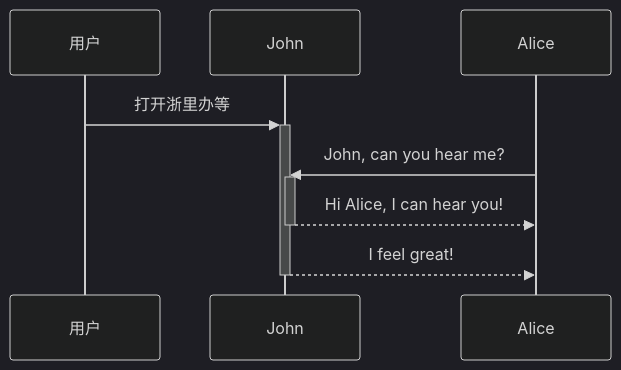
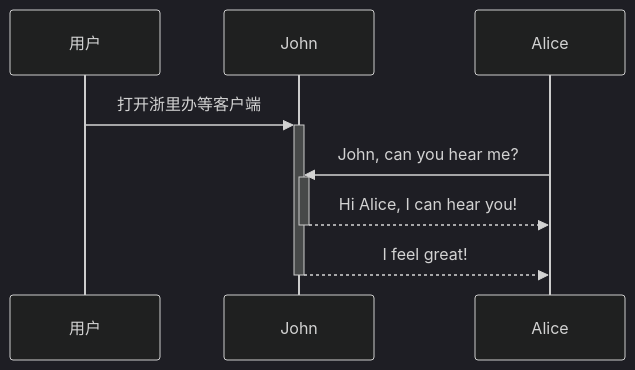
Before and after one commit to fifuntop/iodraw-files: the diagram in all/居民端时序图.md, drawn with Mermaid (dark theme).

Commit message:
2024-03-14 14:40:16 update

````diff
--- a/all/居民端时序图.md
+++ b/all/居民端时序图.md
@@ -1,8 +1,8 @@
 ```mermaid
 sequenceDiagram
-    用户->>+John: 打开浙里办等
+    用户->>+John: 打开浙里办等客户端
     Alice->>+John: John, can you hear me?
     John-->>-Alice: Hi Alice, I can hear you!
     John-->>-Alice: I feel great!
             
 ```
````
